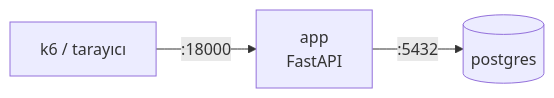
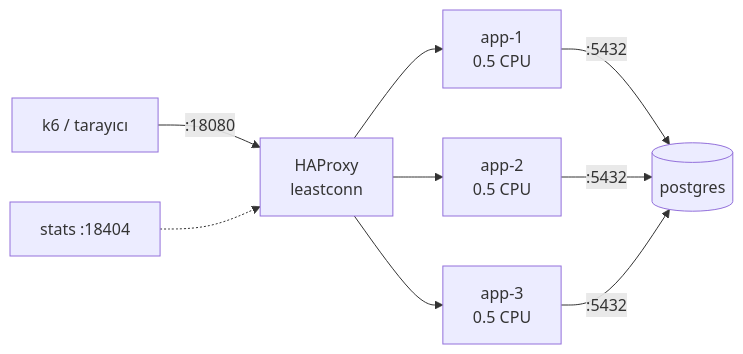
Before and after one commit to omeraltintas/edge-lab: the diagram in README.md, drawn with Mermaid. The commit also changed other lines of this file and 11 other files, not shown here.

Commit message:
feat(lb): 3 app replica + HAProxy, stats ve saglik kontrolu

````diff
--- a/README.md
+++ b/README.md
@@ -25,5 +25,9 @@
 ```mermaid
 flowchart LR
-    K[k6 / tarayıcı] -->|:18000| A[app<br/>FastAPI]
-    A -->|:5432| P[(postgres)]
+    K[k6 / tarayıcı] -->|:18080| H[HAProxy<br/>leastconn]
+    H --> A1[app-1<br/>0.5 CPU]
+    H --> A2[app-2<br/>0.5 CPU]
+    H --> A3[app-3<br/>0.5 CPU]
+    A1 & A2 & A3 -->|:5432| P[(postgres)]
+    S[stats :18404] -.-> H
 ```
````
